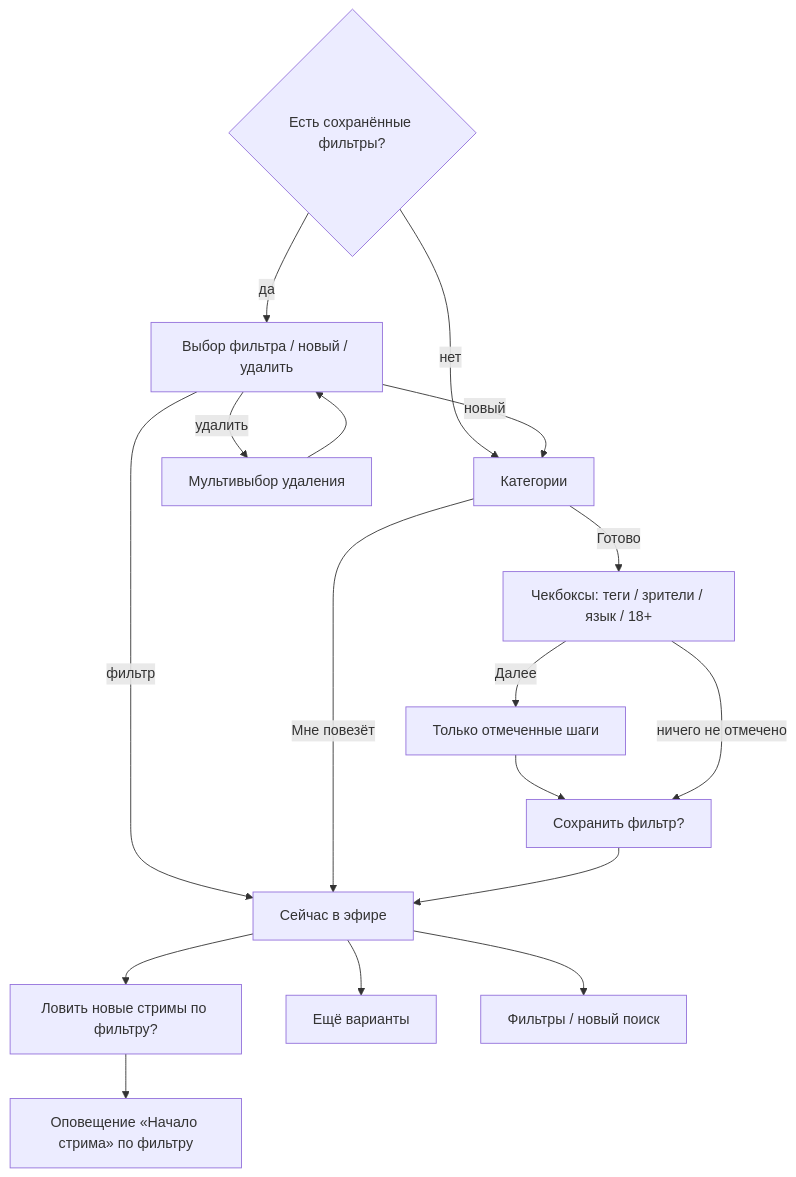
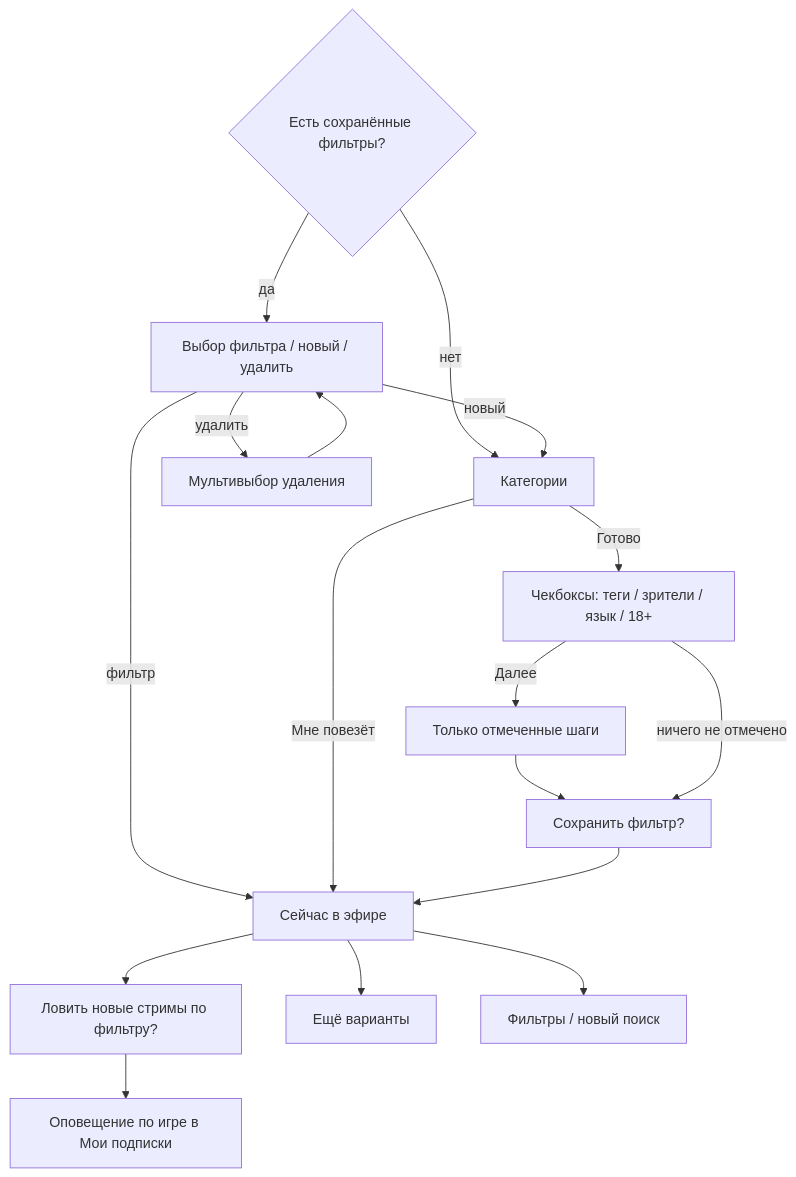
The third of 3 diagrams in docs/user-flow-map.ru.md (Marfa/twitch-telegram-bot), drawn with Mermaid before and after one commit. The commit also changed other lines of this file and 17 other files, not shown here.

````diff
--- a/docs/user-flow-map.ru.md
+++ b/docs/user-flow-map.ru.md
@@ -318,20 +321,20 @@
 ```mermaid
 flowchart TD
   P{Есть сохранённые фильтры?}
   P -->|да| PICK["Выбор фильтра / новый / удалить"]
   P -->|нет| W1
   PICK -->|фильтр| RES["Сейчас в эфире"]
   PICK -->|новый| W1["Категории"]
   PICK -->|удалить| DEL["Мультивыбор удаления"]
   DEL --> PICK
   W1 -->|Мне повезёт| RES
   W1 -->|Готово| FILT["Чекбоксы: теги / зрители / язык / 18+"]
   FILT -->|Далее| DET["Только отмеченные шаги"]
   DET --> SAVE["Сохранить фильтр?"]
   FILT -->|ничего не отмечено| SAVE
   SAVE --> RES
   RES --> CATCH["Ловить новые стримы по фильтру?"]
   RES --> AGAIN["Ещё варианты"]
   RES --> CHG["Фильтры / новый поиск"]
-  CATCH --> LIVE["Оповещение «Начало стрима» по фильтру"]
+  CATCH --> LIVE["Оповещение по игре в Мои подписки"]
 ```
````
